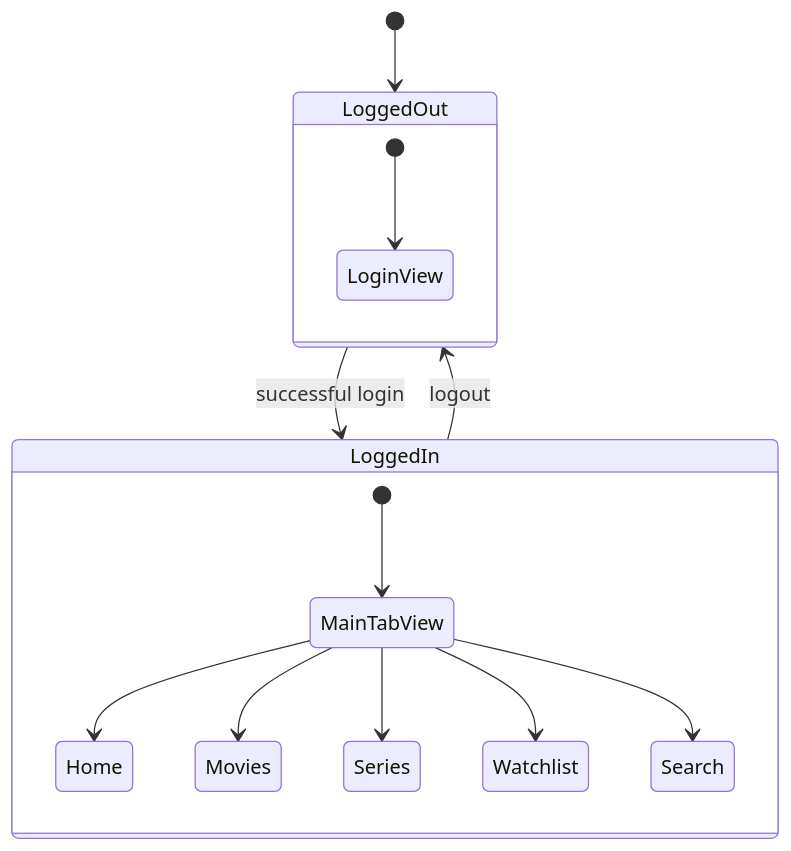
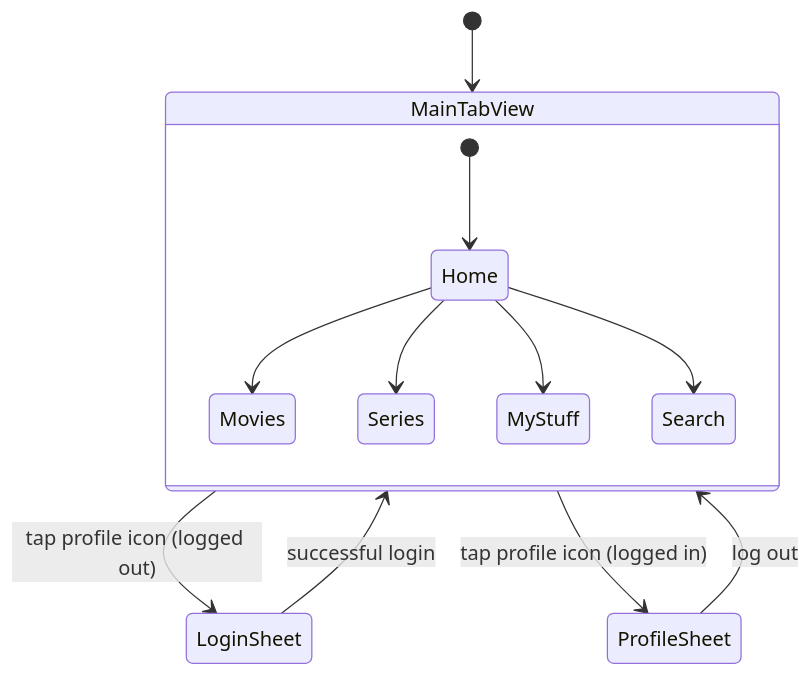
The fourth of 4 diagrams in README.md (jcoder07/tmdb-app), drawn with Mermaid before and after one commit. The commit also changed other lines of this file, not shown here.

````diff
--- a/README.md
+++ b/README.md
@@ -113,18 +115,17 @@
 ```mermaid
 stateDiagram-v2
-    [*] --> LoggedOut
-    LoggedOut --> LoggedIn: successful login
-    LoggedIn --> LoggedOut: logout
+    [*] --> MainTabView
 
-    state LoggedOut {
-        [*] --> LoginView
+    state MainTabView {
+        [*] --> Home
+        Home --> Movies
+        Home --> Series
+        Home --> MyStuff
+        Home --> Search
     }
-    state LoggedIn {
-        [*] --> MainTabView
-        MainTabView --> Home
-        MainTabView --> Movies
-        MainTabView --> Series
-        MainTabView --> Watchlist
-        MainTabView --> Search
-    }
+
+    MainTabView --> LoginSheet: tap profile icon (logged out)
+    MainTabView --> ProfileSheet: tap profile icon (logged in)
+    LoginSheet --> MainTabView: successful login
+    ProfileSheet --> MainTabView: log out
 ```
````
